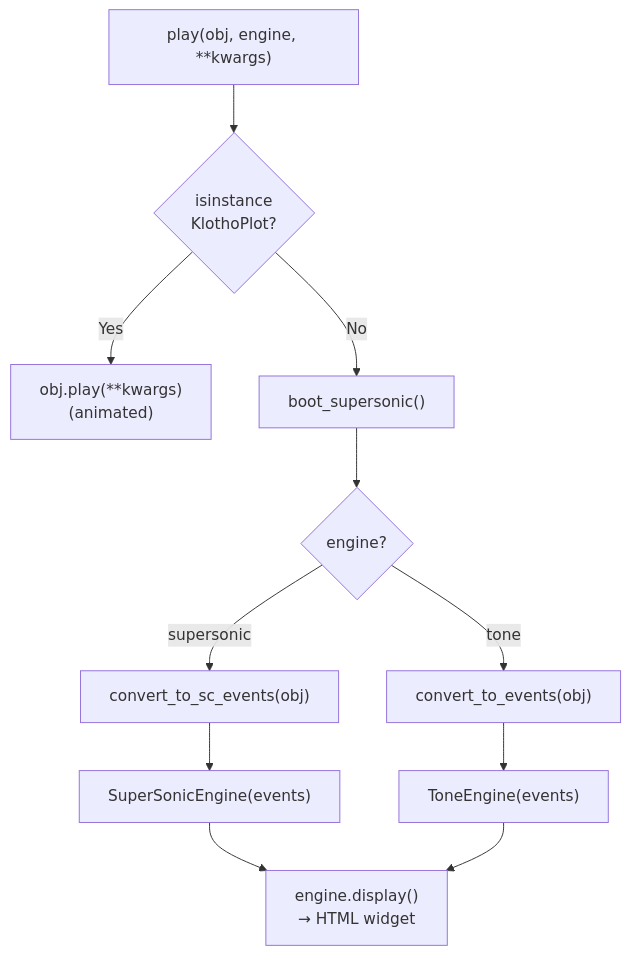
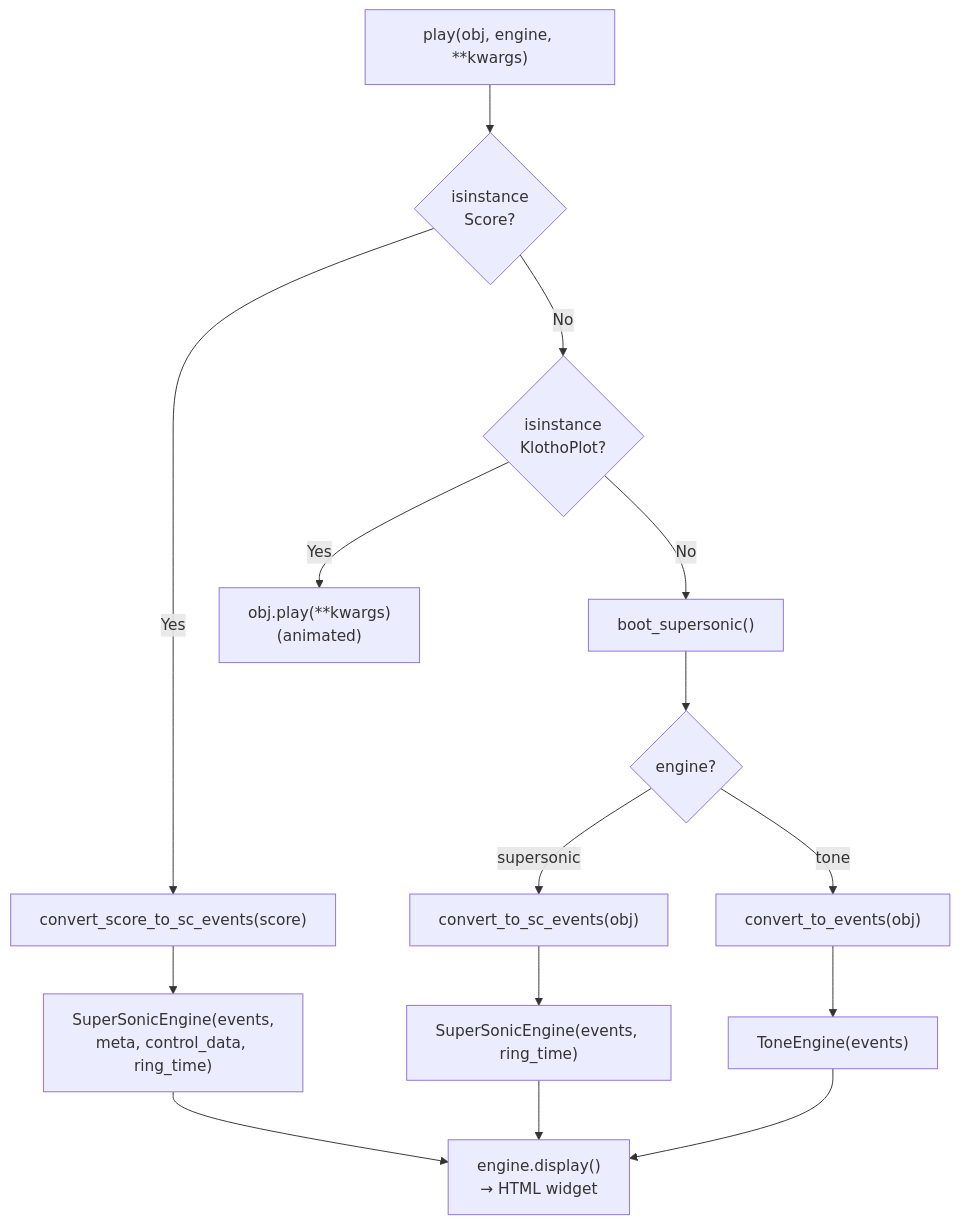
The first of 6 diagrams in docs/architecture/07_PLAYBACK.md (kr4g/Klotho), drawn with Mermaid before and after one commit. The commit also changed other lines of this file and 13 other files, not shown here.

First line of the commit message:
Overhaul architecture docs for Klotho 10.x API

````diff
--- a/docs/architecture/07_PLAYBACK.md
+++ b/docs/architecture/07_PLAYBACK.md
@@ -57,15 +66,20 @@
 ```mermaid
 flowchart TD
-    P["play(obj, engine, **kwargs)"] --> KP{"isinstance<br/>KlothoPlot?"}
+    P["play(obj, engine, **kwargs)"] --> SCORE{"isinstance<br/>Score?"}
+    SCORE -->|Yes| S_CONV["convert_score_to_sc_events(score)"]
+    S_CONV --> S_ENG["SuperSonicEngine(events,<br/>meta, control_data, ring_time)"]
+    S_ENG --> DISP["engine.display()<br/>→ HTML widget"]
+
+    SCORE -->|No| KP{"isinstance<br/>KlothoPlot?"}
     KP -->|Yes| KPLAY["obj.play(**kwargs)<br/>(animated)"]
     KP -->|No| BOOT["boot_supersonic()"]
     BOOT --> ENG{"engine?"}
 
     ENG -->|supersonic| SC_CONV["convert_to_sc_events(obj)"]
-    SC_CONV --> SC_ENG["SuperSonicEngine(events)"]
-    SC_ENG --> DISP["engine.display()<br/>→ HTML widget"]
+    SC_CONV --> SC_ENG["SuperSonicEngine(events, ring_time)"]
+    SC_ENG --> DISP
 
     ENG -->|tone| T_CONV["convert_to_events(obj)"]
     T_CONV --> T_ENG["ToneEngine(events)"]
     T_ENG --> DISP
 ```
````
